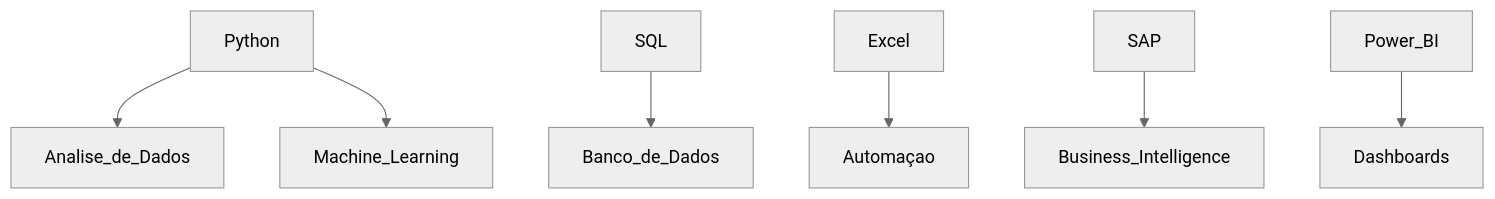
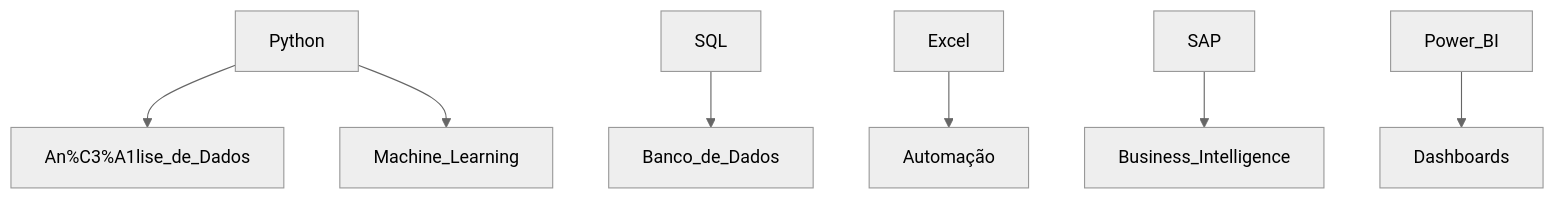
Before and after one commit to AndreynaVieira/andreynavieira: the diagram in README.md, drawn with Mermaid (neutral theme). The commit also changed other lines of this file, not shown here.

````diff
--- a/README.md
+++ b/README.md
@@ -39,9 +39,9 @@
 ```mermaid
 graph TD;
-  Python --> Analise_de_Dados;
+  Python --> An%C3%A1lise_de_Dados;
   Python --> Machine_Learning;
   SQL --> Banco_de_Dados;
-  Excel --> Automaçao;
+  Excel --> Automação;
   SAP --> Business_Intelligence;
   Power_BI --> Dashboards;
 ```
````
